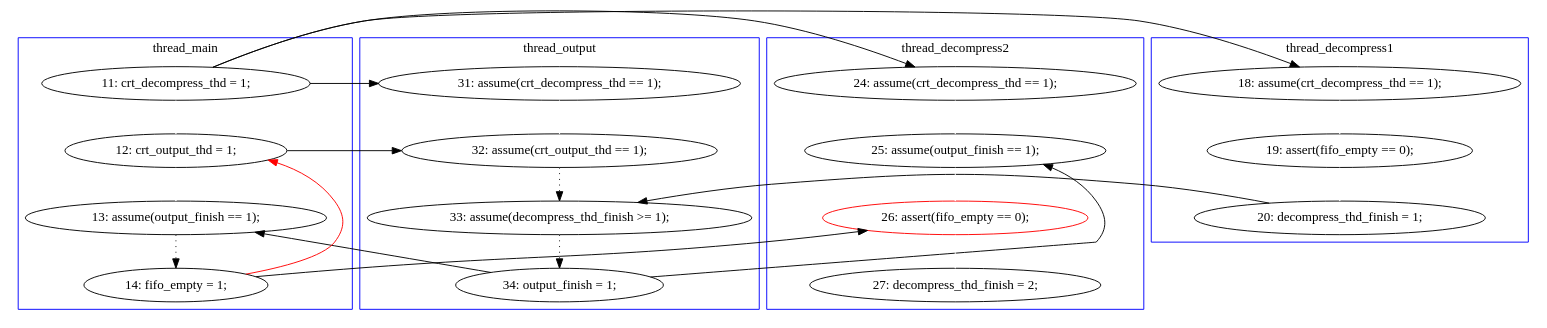
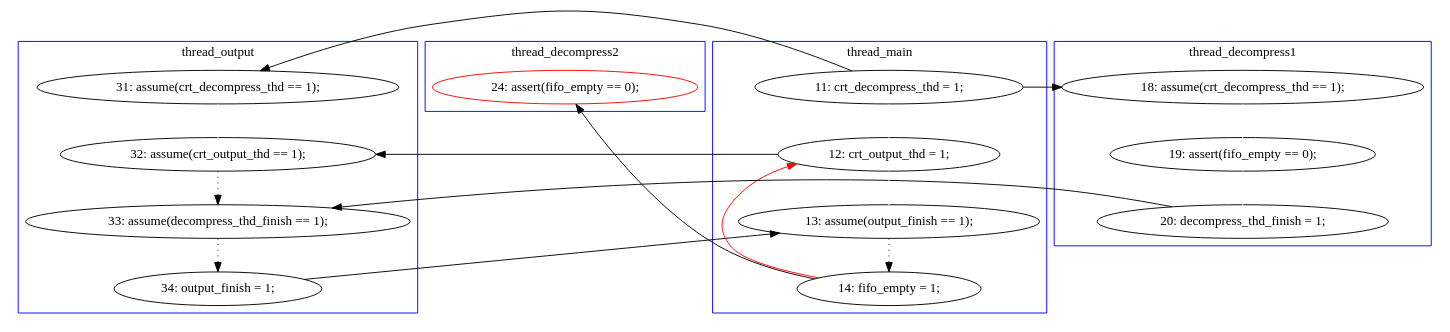
Before and after one commit to hylhp/cav14-model: the diagram in pbzip2.mixed/B-1-graph-sol-1.dot, drawn with Graphviz. The commit also changed 22 other files, not shown here.

```diff
--- a/pbzip2.mixed/B-1-graph-sol-1.dot
+++ b/pbzip2.mixed/B-1-graph-sol-1.dot
@@ -1,53 +1,45 @@
 digraph Counterexample {
-	7 -> 16 [color = white, style = solid]
-	21 -> 27 [color = black, style = solid, constraint = false]
-	7 -> 14 [color = black, style = solid, constraint = false]
-	31 -> 34 [color = white, style = solid]
+	12 -> 14 [color = white, style = solid]
+	20 -> 23 [color = black, style = solid, constraint = false]
+	25 -> 32 [color = black, style = solid, constraint = false]
+	23 -> 25 [color = black, style = dotted]
+	16 -> 17 [color = white, style = solid]
+	25 -> 10 [color = red, style = solid, constraint = false]
 	19 -> 20 [color = black, style = dotted]
-	15 -> 18 [color = white, style = solid]
-	22 -> 31 [color = white, style = solid]
-	27 -> 30 [color = black, style = dotted]
-	17 -> 22 [color = white, style = solid]
-	30 -> 16 [color = red, style = solid, constraint = false]
-	12 -> 15 [color = white, style = solid]
-	18 -> 20 [color = black, style = solid, constraint = false]
-	30 -> 31 [color = black, style = solid, constraint = false]
-	16 -> 19 [color = black, style = solid, constraint = false]
-	14 -> 19 [color = white, style = solid]
-	20 -> 21 [color = black, style = dotted]
-	16 -> 27 [color = white, style = solid]
-	7 -> 17 [color = black, style = solid, constraint = false]
-	21 -> 22 [color = black, style = solid, constraint = false]
-	7 -> 12 [color = black, style = solid, constraint = false]
+	15 -> 16 [color = white, style = solid]
+	17 -> 19 [color = black, style = solid, constraint = false]
+	10 -> 23 [color = white, style = solid]
+	9 -> 10 [color = white, style = solid]
+	9 -> 12 [color = black, style = solid, constraint = false]
+	10 -> 14 [color = black, style = solid, constraint = false]
+	14 -> 19 [color = black, style = dotted]
+	9 -> 15 [color = black, style = solid, constraint = false]
+	subgraph cluster3 {
+		label = thread_decompress2
+		color = blue
+		32  [label = "24: assert(fifo_empty == 0);", color = red]
+	}
 	subgraph cluster1 {
 		label = thread_main
 		color = blue
-		27  [label = "13: assume(output_finish == 1);"]
-		30  [label = "14: fifo_empty = 1;"]
-		7  [label = "11: crt_decompress_thd = 1;"]
-		16  [label = "12: crt_output_thd = 1;"]
-	}
-	subgraph cluster3 {
-		label = thread_decompress2
-		color = blue
-		34  [label = "27: decompress_thd_finish = 2;"]
-		17  [label = "24: assume(crt_decompress_thd == 1);"]
-		31  [label = "26: assert(fifo_empty == 0);", color = red]
-		22  [label = "25: assume(output_finish == 1);"]
+		23  [label = "13: assume(output_finish == 1);"]
+		9  [label = "11: crt_decompress_thd = 1;"]
+		10  [label = "12: crt_output_thd = 1;"]
+		25  [label = "14: fifo_empty = 1;"]
 	}
 	subgraph cluster2 {
 		label = thread_decompress1
 		color = blue
-		18  [label = "20: decompress_thd_finish = 1;"]
-		12  [label = "18: assume(crt_decompress_thd == 1);"]
-		15  [label = "19: assert(fifo_empty == 0);"]
+		15  [label = "18: assume(crt_decompress_thd == 1);"]
+		16  [label = "19: assert(fifo_empty == 0);"]
+		17  [label = "20: decompress_thd_finish = 1;"]
 	}
 	subgraph cluster4 {
 		label = thread_output
 		color = blue
-		19  [label = "32: assume(crt_output_thd == 1);"]
-		14  [label = "31: assume(crt_decompress_thd == 1);"]
-		20  [label = "33: assume(decompress_thd_finish >= 1);"]
-		21  [label = "34: output_finish = 1;"]
+		14  [label = "32: assume(crt_output_thd == 1);"]
+		19  [label = "33: assume(decompress_thd_finish == 1);"]
+		20  [label = "34: output_finish = 1;"]
+		12  [label = "31: assume(crt_decompress_thd == 1);"]
 	}
 }
```
